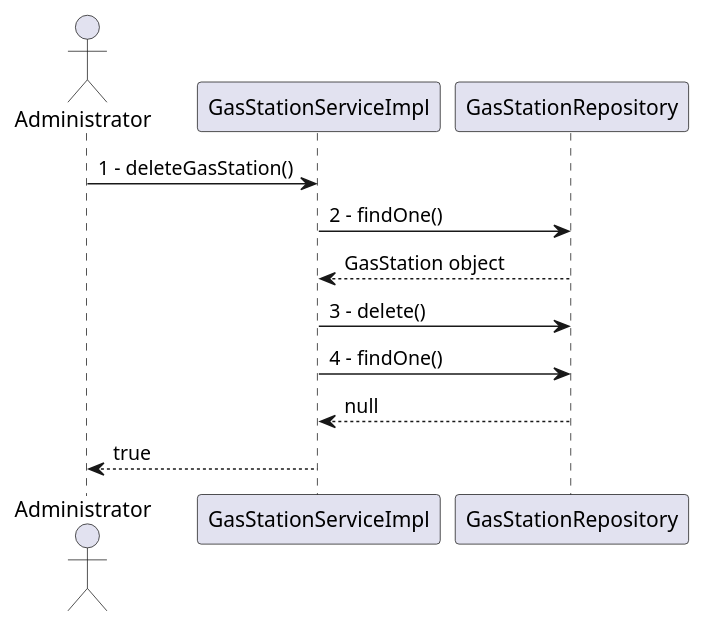
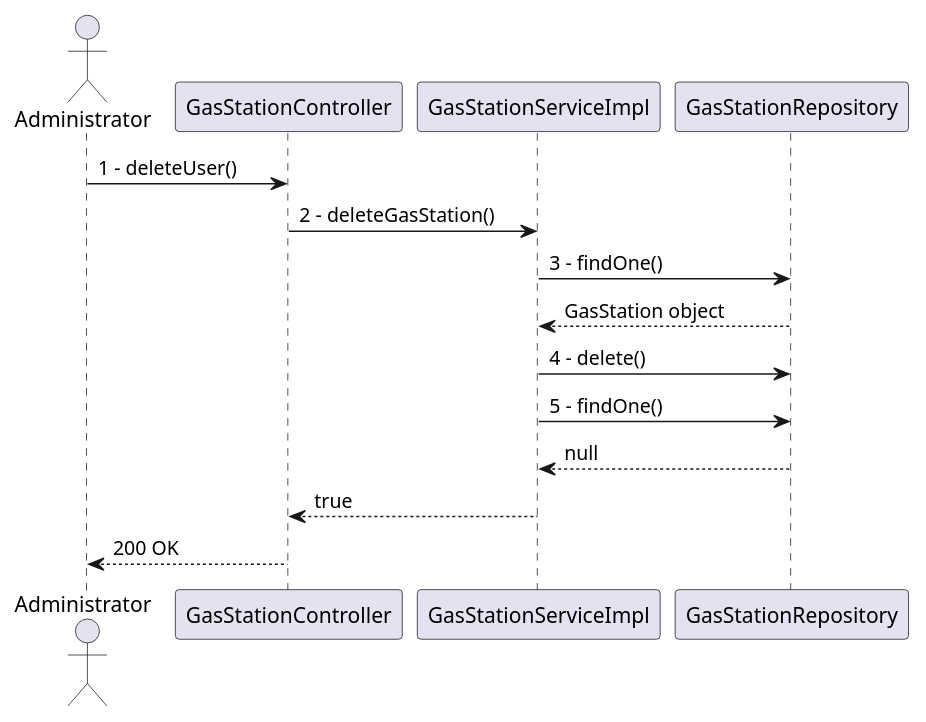
Before and after one commit to polito-se2-2020-team6/ezgas: the tenth of 15 diagrams in docs/DesignDocument.md, drawn with PlantUML. The commit also changed other lines of this file, not shown here.

Commit message:
docs: revised sequence diagrams

````diff
--- a/docs/DesignDocument.md
+++ b/docs/DesignDocument.md
@@ -542,12 +546,14 @@
 ```plantuml
 @startuml
 Actor Administrator as a
-a -> GasStationServiceImpl :1 - deleteGasStation()
-GasStationServiceImpl -> GasStationRepository :2 - findOne()
+a -> GasStationController :1 - deleteUser()
+GasStationController -> GasStationServiceImpl :2 - deleteGasStation()
+GasStationServiceImpl -> GasStationRepository :3 - findOne()
 GasStationRepository --> GasStationServiceImpl :GasStation object
-GasStationServiceImpl -> GasStationRepository :3 - delete()
-GasStationServiceImpl -> GasStationRepository :4 - findOne()
+GasStationServiceImpl -> GasStationRepository :4 - delete()
+GasStationServiceImpl -> GasStationRepository :5 - findOne()
 GasStationRepository --> GasStationServiceImpl :null
-GasStationServiceImpl --> a :true
+GasStationServiceImpl --> GasStationController :true
+GasStationController --> a :200 OK
 @enduml
 ```
````
